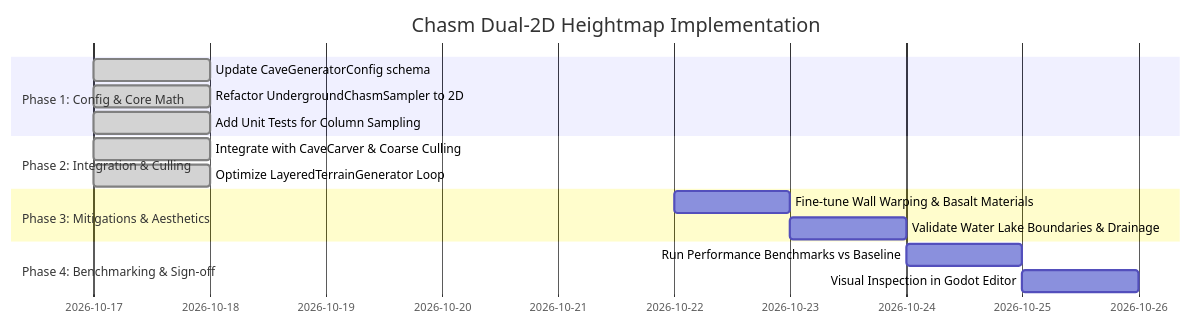
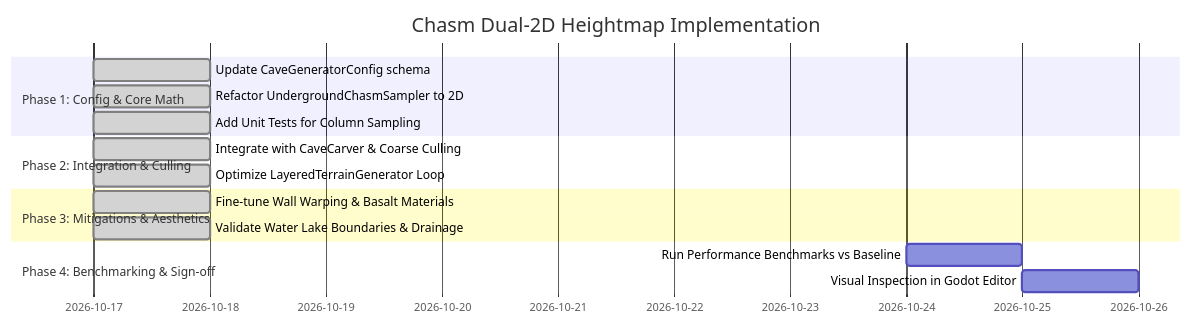
Before and after one commit to chryote/voxel-terrain: the second of 2 diagrams in implementation_sandwich_chasm.md, drawn with Mermaid. The commit also changed other lines of this file and 5 other files, not shown here.

````diff
--- a/implementation_sandwich_chasm.md
+++ b/implementation_sandwich_chasm.md
@@ -220,18 +220,18 @@
 ```mermaid
 gantt
     title Chasm Dual-2D Heightmap Implementation
     dateFormat  YYYY-MM-DD
     section Phase 1: Config & Core Math
     Update CaveGeneratorConfig schema          :done, p1a, 2026-10-17, 1d
     Refactor UndergroundChasmSampler to 2D    :done, p1b, 2026-10-17, 1d
     Add Unit Tests for Column Sampling        :done, p1c, 2026-10-17, 1d
     section Phase 2: Integration & Culling
     Integrate with CaveCarver & Coarse Culling:done, p2a, 2026-10-17, 1d
     Optimize LayeredTerrainGenerator Loop      :done, p2b, 2026-10-17, 1d
     section Phase 3: Mitigations & Aesthetics
-    Fine-tune Wall Warping & Basalt Materials  :p3a, 2026-10-22, 1d
-    Validate Water Lake Boundaries & Drainage :p3b, after p3a, 1d
+    Fine-tune Wall Warping & Basalt Materials  :done, p3a, 2026-10-17, 1d
+    Validate Water Lake Boundaries & Drainage :done, p3b, 2026-10-17, 1d
     section Phase 4: Benchmarking & Sign-off
     Run Performance Benchmarks vs Baseline    :p4a, 2026-10-24, 1d
     Visual Inspection in Godot Editor         :p4b, after p4a, 1d
 ```
````
